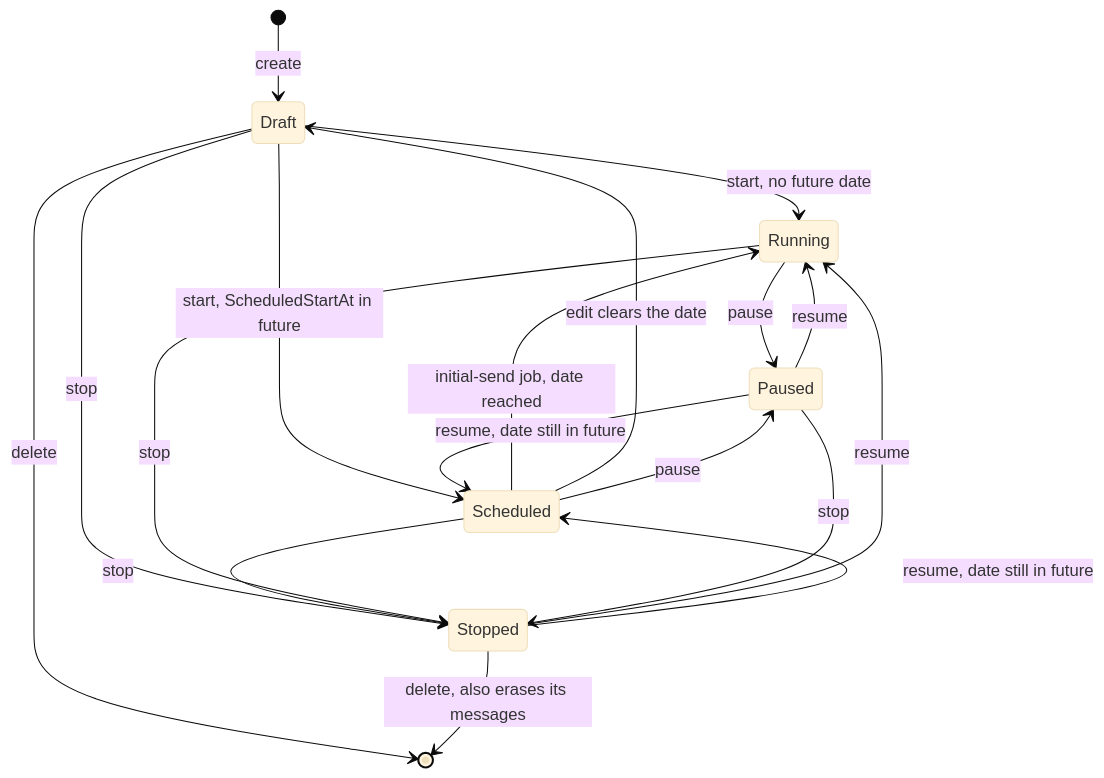
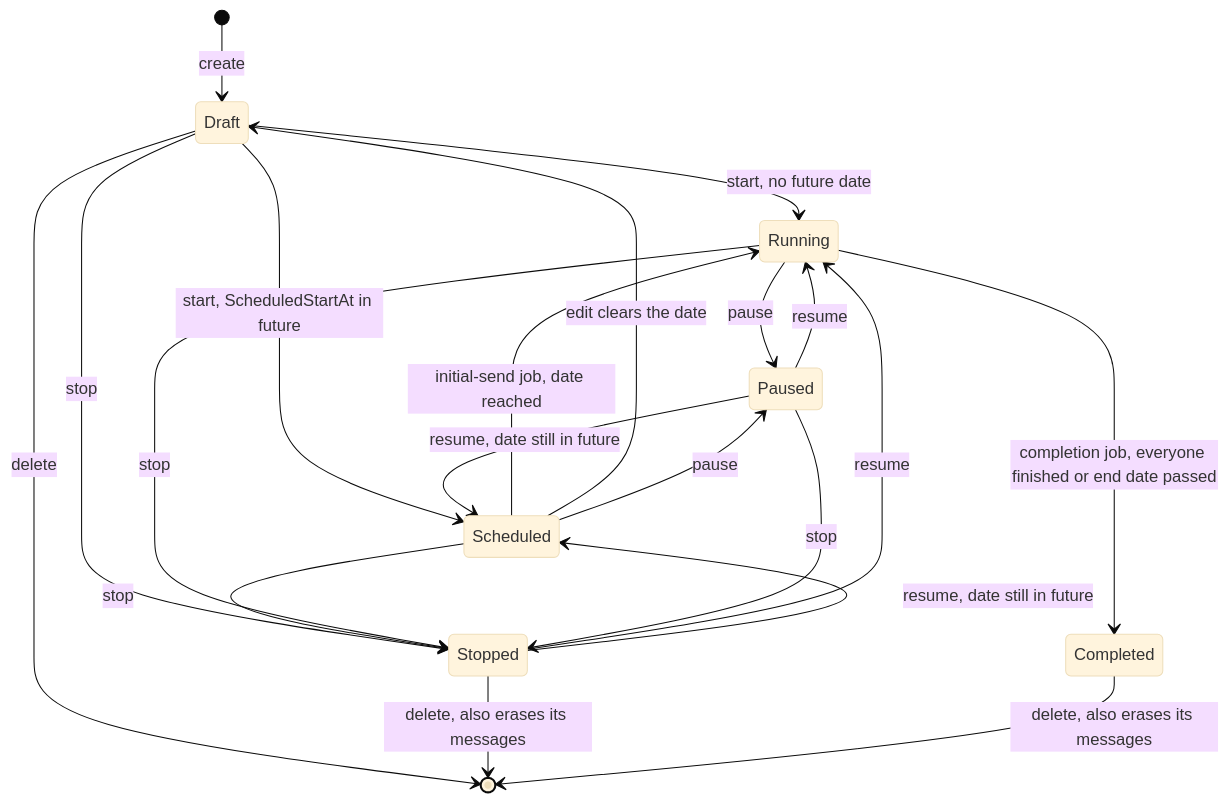
The first of 6 diagrams in src/app/features/campaigns/FLOWS.md (aquarianchd83/AI-Sales-Automation-System-angular), drawn with Mermaid (base theme) before and after one commit. The commit also changed other lines of this file and 2 other files, not shown here.

First line of the commit message:
fix: draw flowchart labels again, and bring the campaign flow docs up to date

````diff
--- a/src/app/features/campaigns/FLOWS.md
+++ b/src/app/features/campaigns/FLOWS.md
@@ -18,20 +19,22 @@
 ```mermaid
 stateDiagram-v2
     [*] --> Draft : create
     Draft --> Running : start, no future date
     Draft --> Scheduled : start, ScheduledStartAt in future
     Scheduled --> Running : initial-send job, date reached
     Scheduled --> Draft : edit clears the date
     Running --> Paused : pause
     Scheduled --> Paused : pause
     Paused --> Running : resume
     Paused --> Scheduled : resume, date still in future
     Draft --> Stopped : stop
     Scheduled --> Stopped : stop
     Running --> Stopped : stop
     Paused --> Stopped : stop
     Stopped --> Running : resume
     Stopped --> Scheduled : resume, date still in future
+    Running --> Completed : completion job, everyone finished or end date passed
     Draft --> [*] : delete
     Stopped --> [*] : delete, also erases its messages
+    Completed --> [*] : delete, also erases its messages
 ```
````
